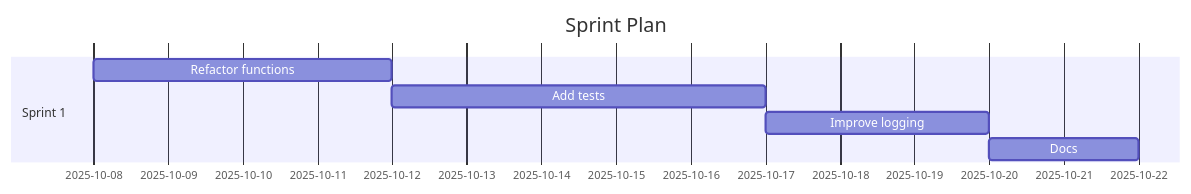
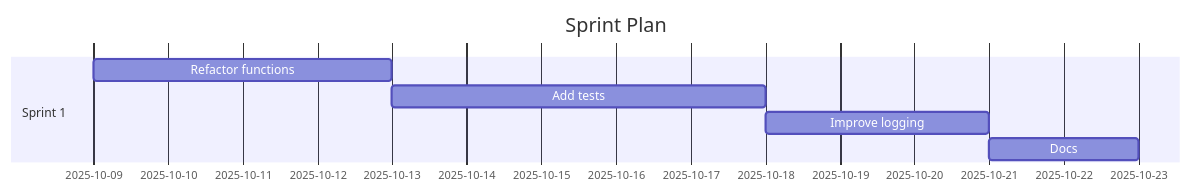
One commit to Anselmoo/mcp-ai-agent-guidelines changed the diagram in demos/demo-code-analysis.sprint.md. Above: the diagram before and after it, drawn with Mermaid. The commit also changed other lines of this file and 41 other files, not shown here.

````diff
--- a/demos/demo-code-analysis.sprint.md
+++ b/demos/demo-code-analysis.sprint.md
@@ -59,11 +59,11 @@
 ```mermaid
 gantt
 	dateFormat  YYYY-MM-DD
 	title Sprint Plan
 %% Accessibility: Title=Project Sprint Plan; Description=Gantt chart of sprints and tasks over time. %%
   section Sprint 1
-  Refactor functions :s1t0, 2025-10-08, 4d
-  Add tests :s1t1, 2025-10-12, 5d
-  Improve logging :s1t2, 2025-10-17, 3d
-  Docs :s1t3, 2025-10-20, 2d
+  Refactor functions :s1t0, 2025-10-09, 4d
+  Add tests :s1t1, 2025-10-13, 5d
+  Improve logging :s1t2, 2025-10-18, 3d
+  Docs :s1t3, 2025-10-21, 2d
 ```
````
